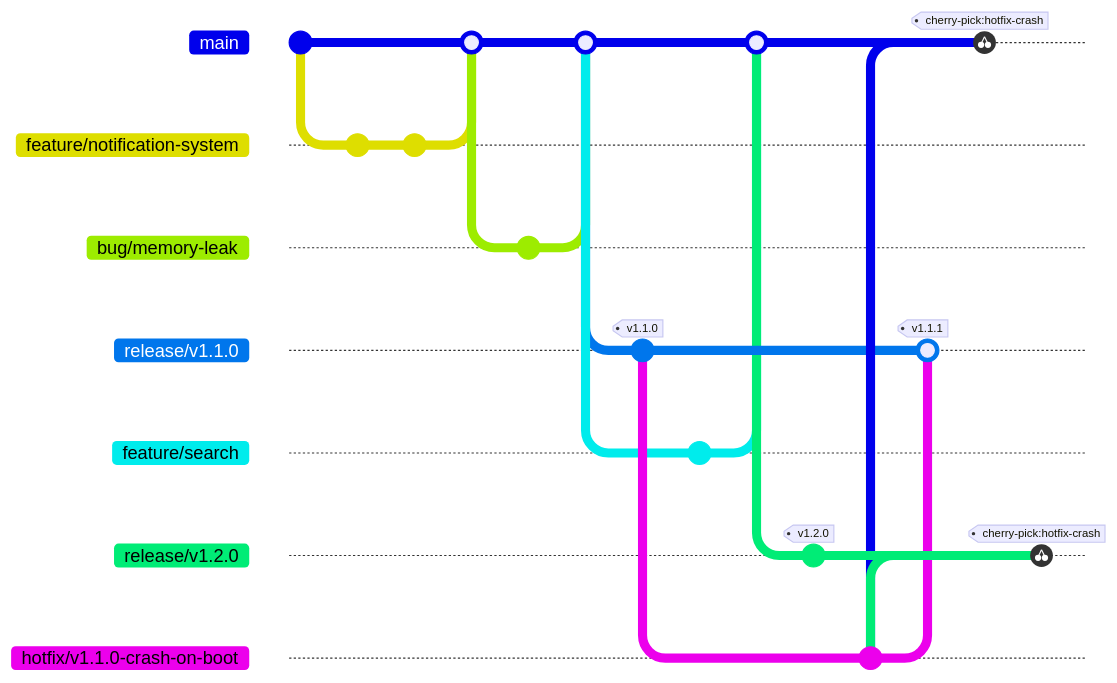
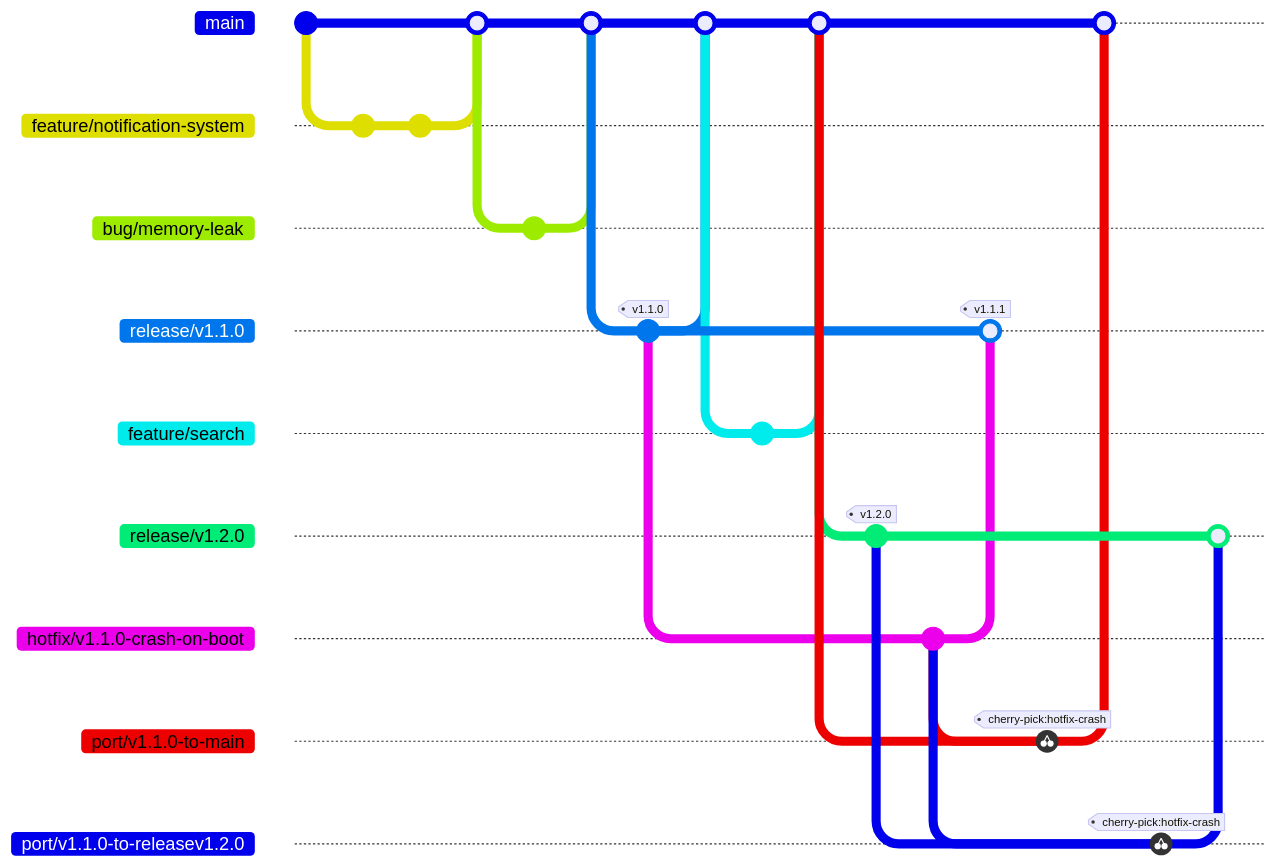
Before and after one commit to andrew54068/git-regulation: the diagram in docs/hit-branch-strategy-and-github-manual.md, drawn with Mermaid. Commit ids are hidden.

Commit message:
docs(hit): clarify release port merge flow

````diff
--- a/docs/hit-branch-strategy-and-github-manual.md
+++ b/docs/hit-branch-strategy-and-github-manual.md
@@ -38,32 +38,39 @@
 ```mermaid
 %%{init: {'gitGraph': {'showCommitLabel': false, 'mainBranchName': 'main'}} }%%
 gitGraph
     commit
     branch "feature/notification-system"
     commit
     commit
     checkout main
     merge "feature/notification-system"
     branch "bug/memory-leak"
     commit
     checkout main
     merge "bug/memory-leak"
     branch "release/v1.1.0"
     commit tag: "v1.1.0"
     checkout main
+    merge "release/v1.1.0"
     branch "feature/search"
     commit
     checkout main
     merge "feature/search"
     branch "release/v1.2.0"
     commit tag: "v1.2.0"
     checkout "release/v1.1.0"
     branch "hotfix/v1.1.0-crash-on-boot"
     commit id: "hotfix-crash"
     checkout "release/v1.1.0"
     merge "hotfix/v1.1.0-crash-on-boot" tag: "v1.1.1"
     checkout main
+    branch "port/v1.1.0-to-main"
+    cherry-pick id: "hotfix-crash"
+    checkout main
+    merge "port/v1.1.0-to-main"
+    checkout "release/v1.2.0"
+    branch "port/v1.1.0-to-releasev1.2.0"
     cherry-pick id: "hotfix-crash"
     checkout "release/v1.2.0"
-    cherry-pick id: "hotfix-crash"
+    merge "port/v1.1.0-to-releasev1.2.0"
 ```
````
